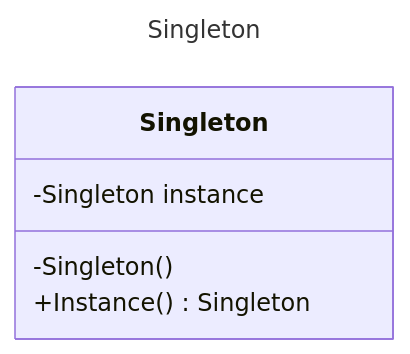
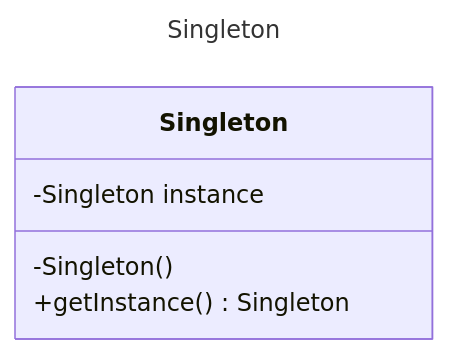
The fifth of 12 diagrams in README.md (rwibawa/designpatterns), drawn with Mermaid before and after one commit. The commit also changed other lines of this file and 5 other files, not shown here.

````diff
--- a/README.md
+++ b/README.md
@@ -128,11 +179,11 @@
 ```mermaid
 ---
 title: Singleton
 ---
 classDiagram
     class Singleton {
         -Singleton instance
         -Singleton()
-        +Instance() Singleton
+        +getInstance() Singleton
     }
 ```
````
